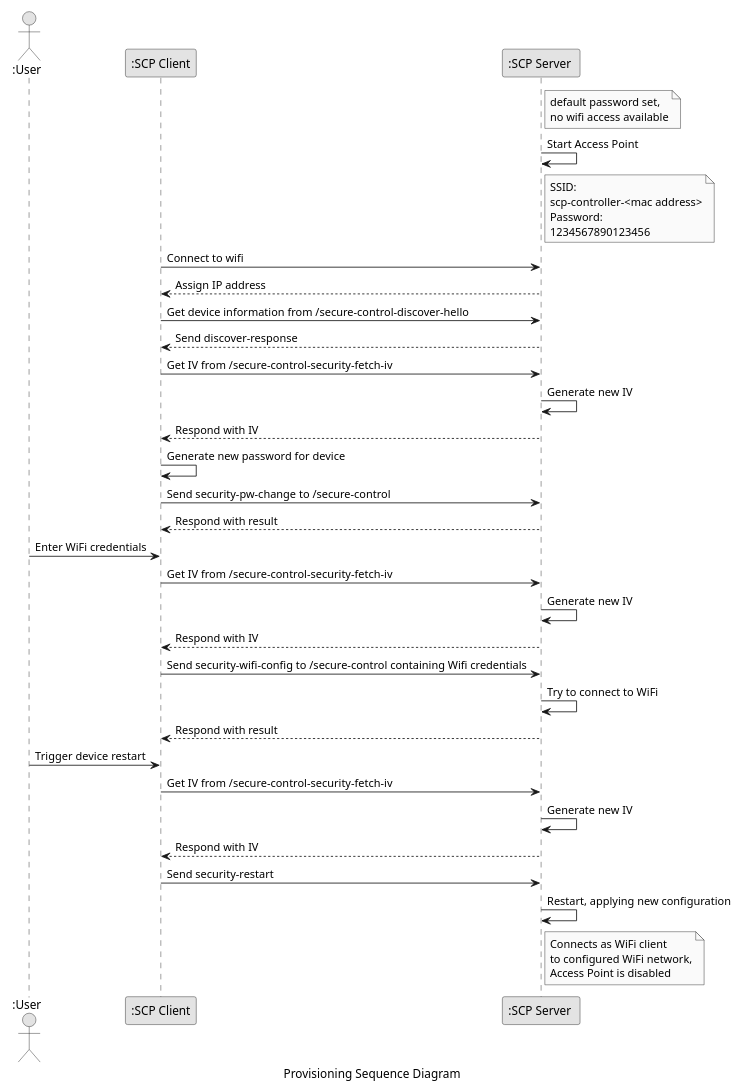
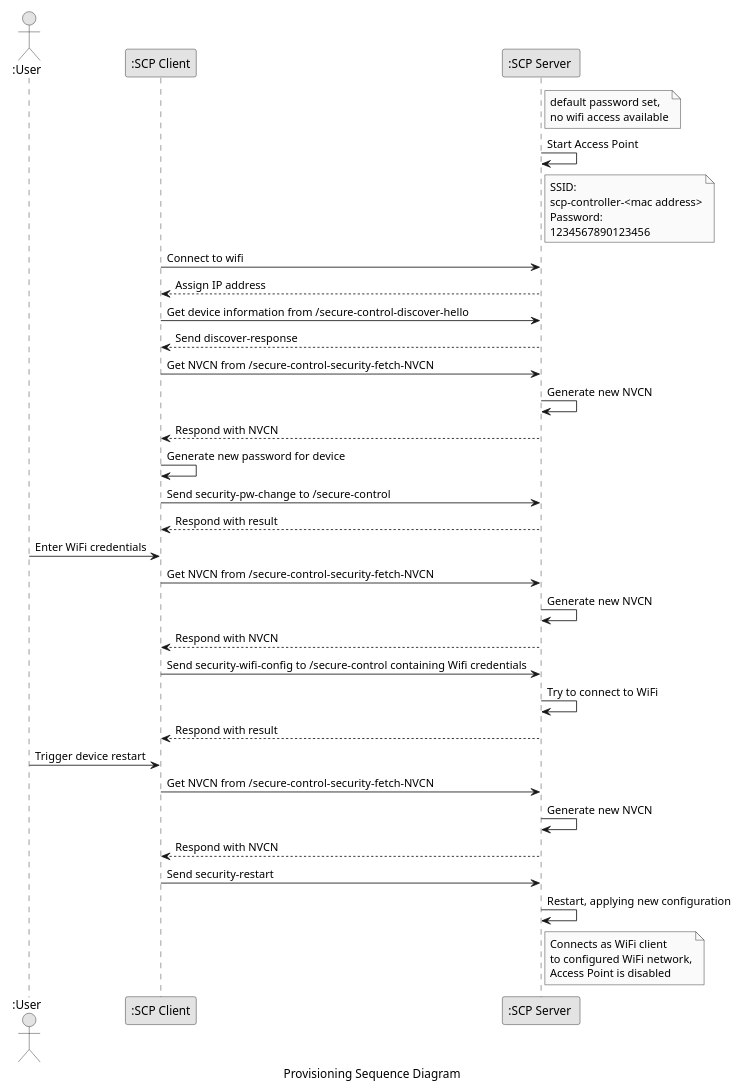
One commit to houseos/SCP changed the second of 5 diagrams in README.md. Above: the diagram before and after it, drawn with PlantUML. The commit also changed other lines of this file, not shown here.

Commit message:
- added NVCN as the Next Valid Control Number - corrected NVCN and IV usage

````diff
--- a/README.md
+++ b/README.md
@@ -121,77 +119,77 @@
 ```puml
 
 caption Provisioning Sequence Diagram
 
 skinparam monochrome true
 
 scale max 650 width
 
 Actor ":User" as user
 participant ":SCP Client" as client
 participant ":SCP Server " as server
 note right of server
     default password set,
     no wifi access available
 end note
 
 server -> server : Start Access Point
 note right of server
     SSID:
     scp-controller-<mac address>
     Password:
     1234567890123456    
 end note
 
 client -> server : Connect to wifi
 
 server --> client : Assign IP address
 
 client -> server : Get device information from /secure-control-discover-hello
 
 server --> client : Send discover-response
 
-client -> server : Get IV from /secure-control-security-fetch-iv
+client -> server : Get NVCN from /secure-control-security-fetch-NVCN
 
-server -> server : Generate new IV
+server -> server : Generate new NVCN
 
-server --> client : Respond with IV
+server --> client : Respond with NVCN
 
 client -> client : Generate new password for device
 
 client -> server : Send security-pw-change to /secure-control
 
 server --> client : Respond with result
 
 user -> client : Enter WiFi credentials
 
-client -> server : Get IV from /secure-control-security-fetch-iv
+client -> server : Get NVCN from /secure-control-security-fetch-NVCN
 
-server -> server : Generate new IV
+server -> server : Generate new NVCN
 
-server --> client : Respond with IV
+server --> client : Respond with NVCN
 
 client -> server : Send security-wifi-config to /secure-control containing Wifi credentials
 
 server -> server : Try to connect to WiFi
 
 server --> client : Respond with result
 
 user -> client : Trigger device restart
 
-client -> server : Get IV from /secure-control-security-fetch-iv
+client -> server : Get NVCN from /secure-control-security-fetch-NVCN
 
-server -> server : Generate new IV
+server -> server : Generate new NVCN
 
-server --> client : Respond with IV
+server --> client : Respond with NVCN
 
 client -> server : Send security-restart
 
 server -> server : Restart, applying new configuration
 
 note right of server
     Connects as WiFi client 
     to configured WiFi network,
     Access Point is disabled
 end note
 
 ```
````
